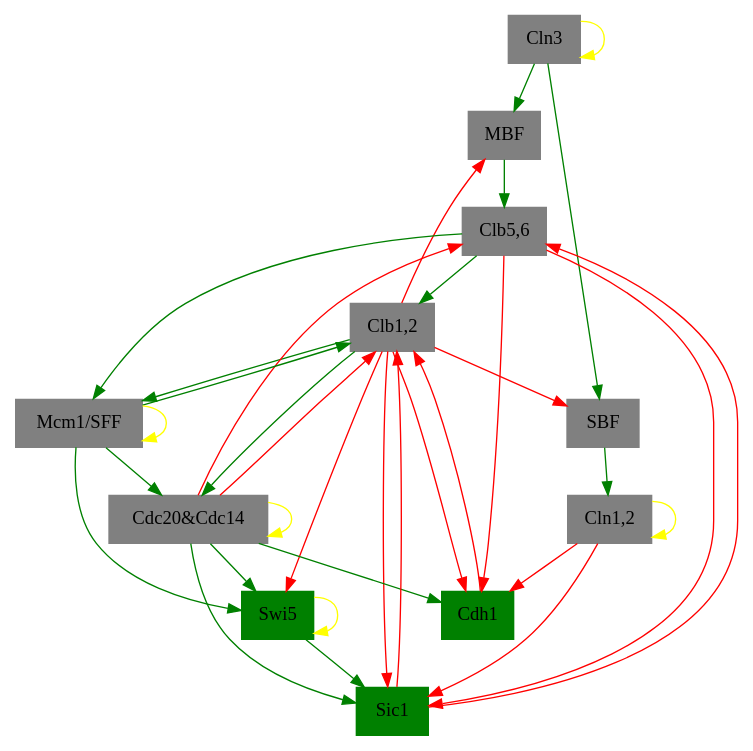
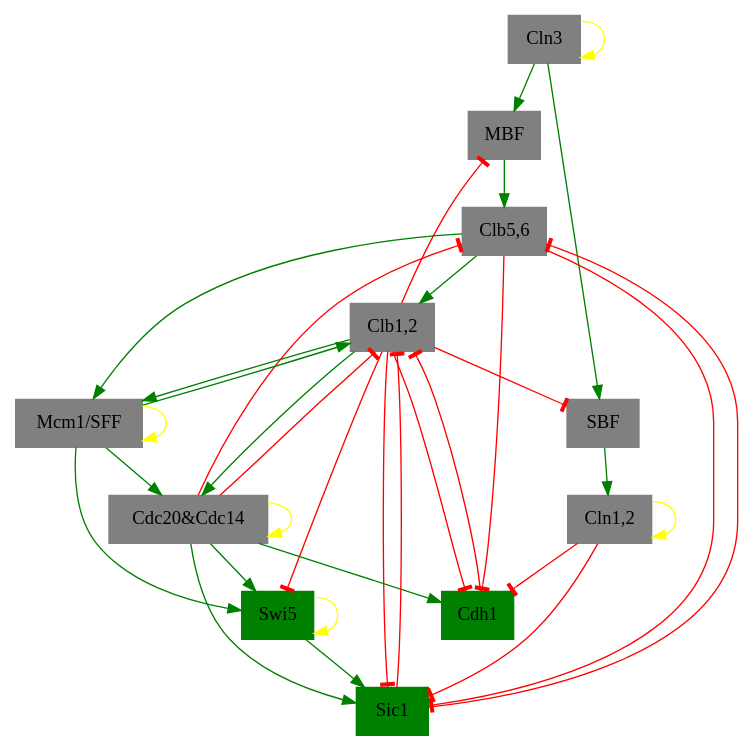
The diagram in temporal/12.gv (ellaqezi/cellCycle), drawn with Graphviz before and after one commit. The commit also changed 31 other files, not shown here.

```diff
--- a/temporal/12.gv
+++ b/temporal/12.gv
@@ -1,70 +1,70 @@
-digraph 00001100100  {
+digraph "00001100100"  {
 "Cln3" [shape=box, color=gray, style=filled];
-	edge [color=yellow]; 
+	edge [color=yellow, arrowhead=normal]; 
 	"Cln3" -> "Cln3";
 "MBF" [shape=box, color=gray, style=filled];
-	edge [color=green]; 
+	edge [color=green, arrowhead=normal]; 
 	"Cln3" -> "MBF";
-	edge [color=red]; 
+	edge [color=red, arrowhead=tee]; 
 	"Clb1,2" -> "MBF";
 "SBF" [shape=box, color=gray, style=filled];
-	edge [color=green]; 
+	edge [color=green, arrowhead=normal]; 
 	"Cln3" -> "SBF";
-	edge [color=red]; 
+	edge [color=red, arrowhead=tee]; 
 	"Clb1,2" -> "SBF";
 "Cln1,2" [shape=box, color=gray, style=filled];
-	edge [color=yellow]; 
+	edge [color=yellow, arrowhead=normal]; 
 	"Cln1,2" -> "Cln1,2";
-	edge [color=green]; 
+	edge [color=green, arrowhead=normal]; 
 	"SBF" -> "Cln1,2";
 "Cdh1" [shape=box, color=green, style=filled];
-	edge [color=green]; 
+	edge [color=green, arrowhead=normal]; 
 	"Cdc20&Cdc14" -> "Cdh1";
-	edge [color=red]; 
+	edge [color=red, arrowhead=tee]; 
 	"Clb1,2" -> "Cdh1";
 	"Clb5,6" -> "Cdh1";
 	"Cln1,2" -> "Cdh1";
 "Swi5" [shape=box, color=green, style=filled];
-	edge [color=yellow]; 
+	edge [color=yellow, arrowhead=normal]; 
 	"Swi5" -> "Swi5";
-	edge [color=green]; 
+	edge [color=green, arrowhead=normal]; 
 	"Cdc20&Cdc14" -> "Swi5";
 	"Mcm1/SFF" -> "Swi5";
-	edge [color=red]; 
+	edge [color=red, arrowhead=tee]; 
 	"Clb1,2" -> "Swi5";
 "Cdc20&Cdc14" [shape=box, color=gray, style=filled];
-	edge [color=yellow]; 
+	edge [color=yellow, arrowhead=normal]; 
 	"Cdc20&Cdc14" -> "Cdc20&Cdc14";
-	edge [color=green]; 
+	edge [color=green, arrowhead=normal]; 
 	"Clb1,2" -> "Cdc20&Cdc14";
 	"Mcm1/SFF" -> "Cdc20&Cdc14";
 "Clb5,6" [shape=box, color=gray, style=filled];
-	edge [color=green]; 
+	edge [color=green, arrowhead=normal]; 
 	"MBF" -> "Clb5,6";
-	edge [color=red]; 
+	edge [color=red, arrowhead=tee]; 
 	"Cdc20&Cdc14" -> "Clb5,6";
 	"Sic1" -> "Clb5,6";
 "Sic1" [shape=box, color=green, style=filled];
-	edge [color=green]; 
+	edge [color=green, arrowhead=normal]; 
 	"Cdc20&Cdc14" -> "Sic1";
 	"Swi5" -> "Sic1";
-	edge [color=red]; 
+	edge [color=red, arrowhead=tee]; 
 	"Clb1,2" -> "Sic1";
 	"Clb5,6" -> "Sic1";
 	"Cln1,2" -> "Sic1";
 "Clb1,2" [shape=box, color=gray, style=filled];
-	edge [color=green]; 
+	edge [color=green, arrowhead=normal]; 
 	"Clb5,6" -> "Clb1,2";
 	"Mcm1/SFF" -> "Clb1,2";
-	edge [color=red]; 
+	edge [color=red, arrowhead=tee]; 
 	"Cdc20&Cdc14" -> "Clb1,2";
 	"Cdh1" -> "Clb1,2";
 	"Sic1" -> "Clb1,2";
 "Mcm1/SFF" [shape=box, color=gray, style=filled];
-	edge [color=yellow]; 
+	edge [color=yellow, arrowhead=normal]; 
 	"Mcm1/SFF" -> "Mcm1/SFF";
-	edge [color=green]; 
+	edge [color=green, arrowhead=normal]; 
 	"Clb1,2" -> "Mcm1/SFF";
 	"Clb5,6" -> "Mcm1/SFF";
 
 }
```
